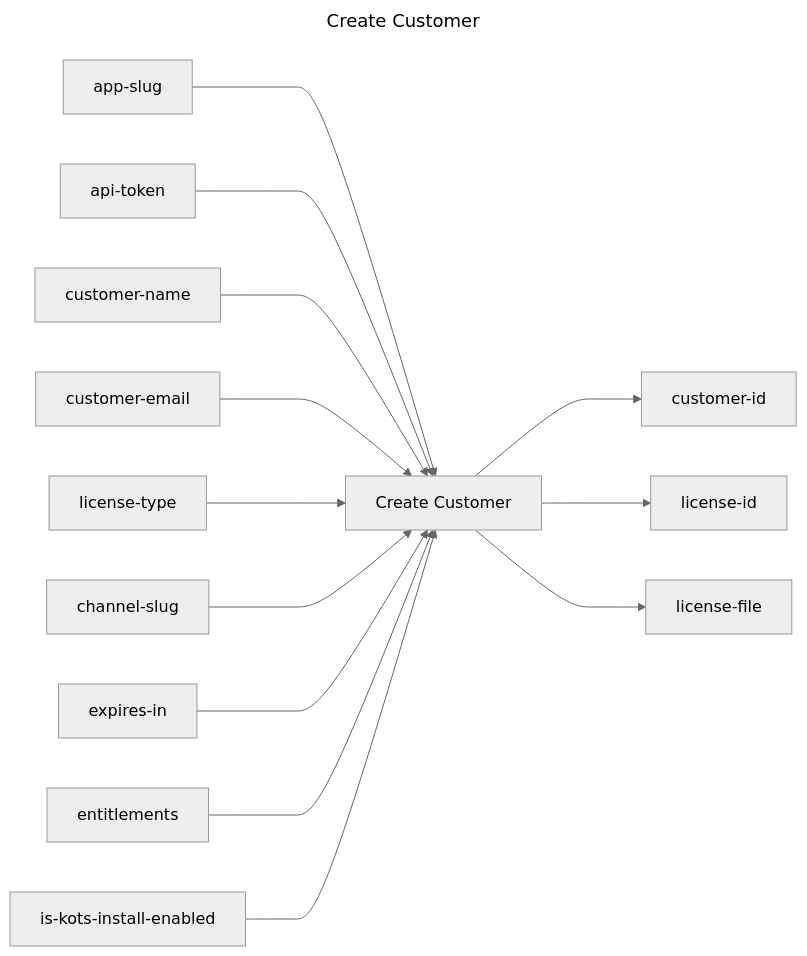
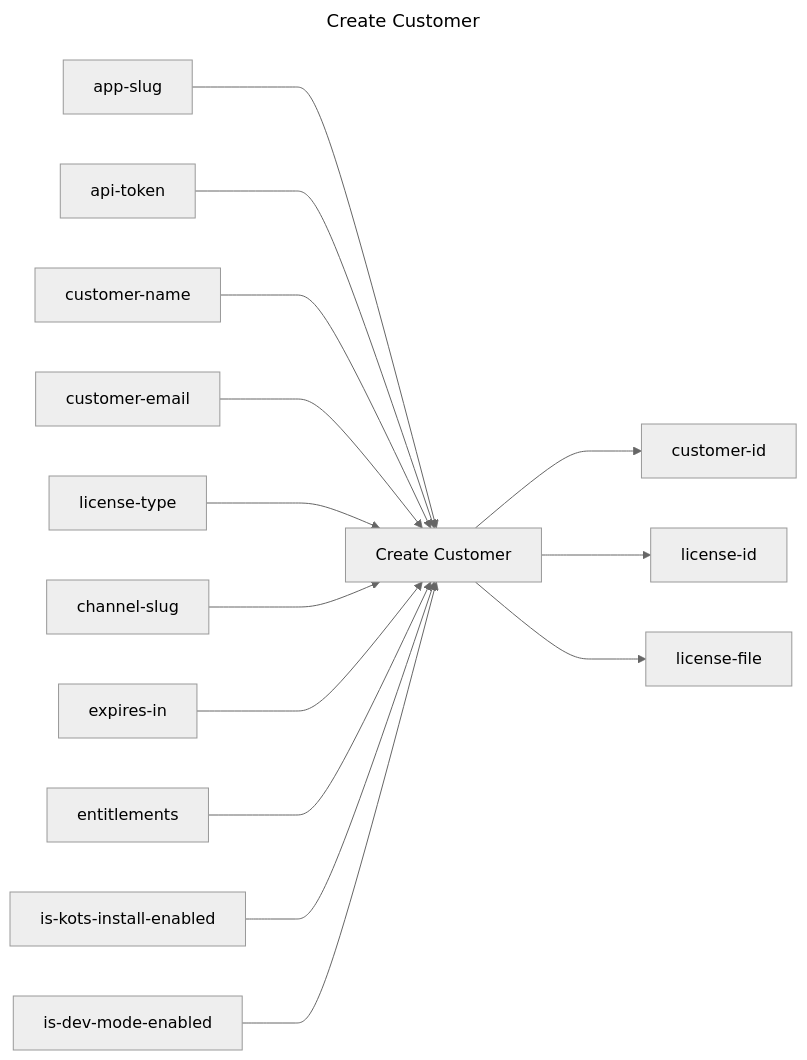
The diagram in create-customer/README.md (replicatedhq/replicated-actions), drawn with Mermaid (neutral theme) before and after one commit. The commit also changed other lines of this file and 3 other files, not shown here.

Commit message:
Add is-dev-mode-enabled flag for customer create action

````diff
--- a/create-customer/README.md
+++ b/create-customer/README.md
@@ -3,31 +3,33 @@
 ```mermaid
 ---
 title: Create Customer
 ---
 graph LR
 create_customer["Create Customer"]
 app_slug["app-slug"]
 api_token["api-token"]
 customer_name["customer-name"]
 customer_email["customer-email"]
 license_type["license-type"]
 channel_slug["channel-slug"]
 expires_in["expires-in"]
 entitlements["entitlements"]
 is_kots_install_enabled["is-kots-install-enabled"]
+is_dev_mode_enabled["is-dev-mode-enabled"]
 customer_id["customer-id"]
 license_id["license-id"]
 license_file["license-file"]
 app_slug ---> create_customer
 api_token ---> create_customer
 customer_name ---> create_customer
 customer_email ---> create_customer
 license_type ---> create_customer
 channel_slug ---> create_customer
 expires_in ---> create_customer
 entitlements ---> create_customer
 is_kots_install_enabled ---> create_customer
+is_dev_mode_enabled ---> create_customer
 create_customer ---> customer_id
 create_customer ---> license_id
 create_customer ---> license_file
 ```
````
